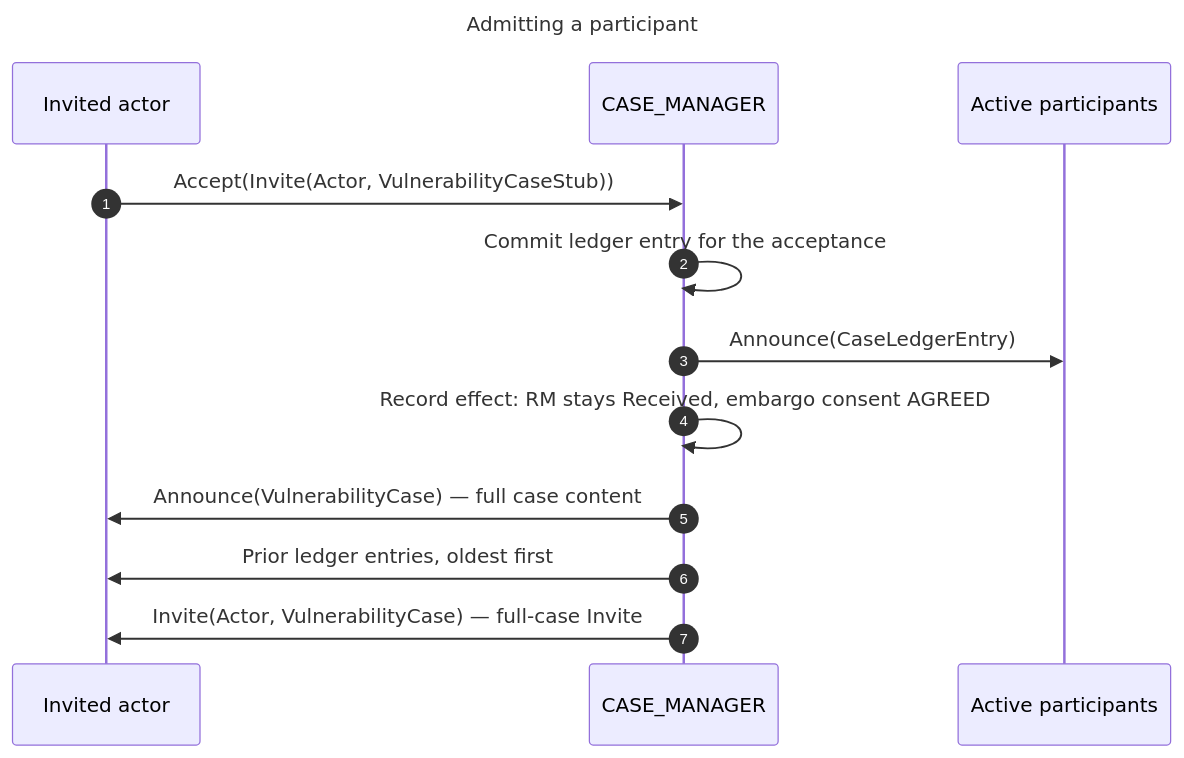
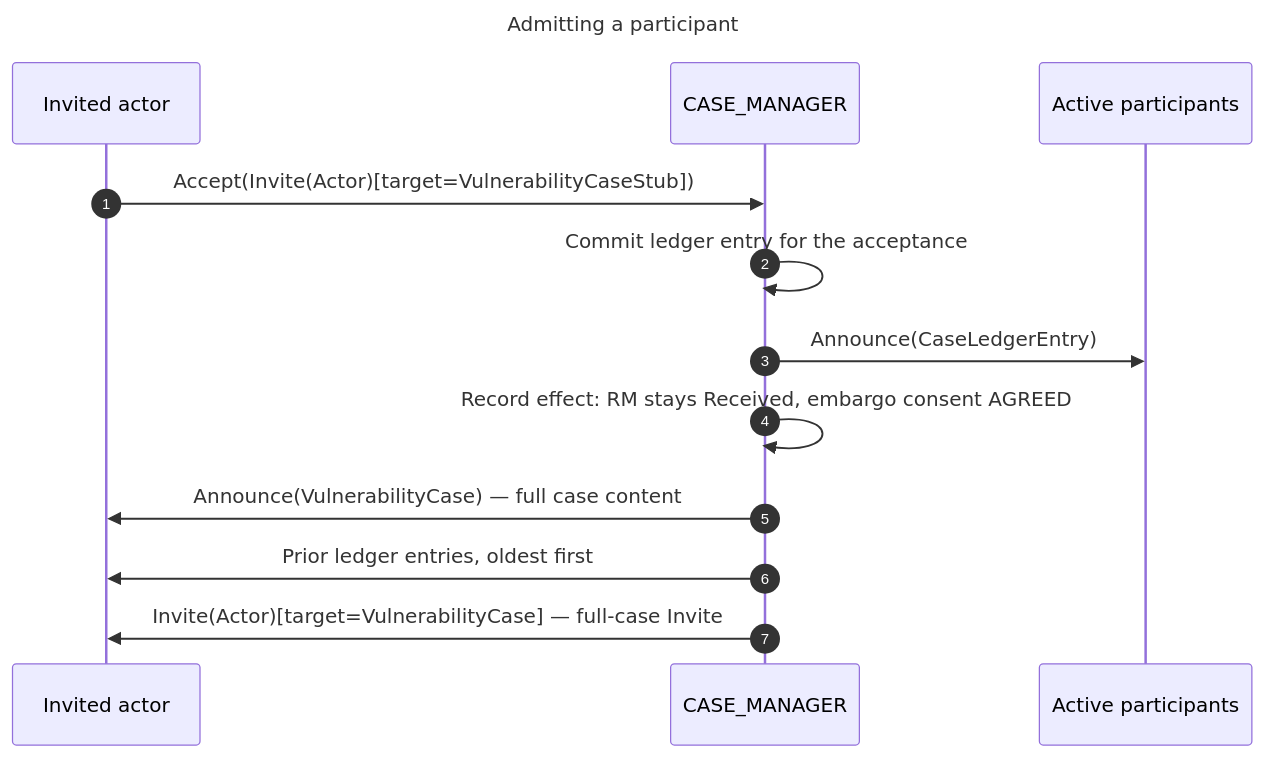
One commit to CERTCC/Vultron changed the diagram in docs/reference/vultron-spec/_model-interactions.md. Above: the diagram before and after it, drawn with Mermaid. The commit also changed 50 other files, not shown here.

````diff
--- a/docs/reference/vultron-spec/_model-interactions.md
+++ b/docs/reference/vultron-spec/_model-interactions.md
@@ -22,18 +22,18 @@
 ```mermaid
 ---
 title: Admitting a participant
 ---
 sequenceDiagram
     autonumber
     participant I as Invited actor
     participant CM as CASE_MANAGER
     participant P as Active participants
 
-    I->>CM: Accept(Invite(Actor, VulnerabilityCaseStub))
+    I->>CM: Accept(Invite(Actor)[target=VulnerabilityCaseStub])
     CM->>CM: Commit ledger entry for the acceptance
     CM->>P: Announce(CaseLedgerEntry)
     CM->>CM: Record effect: RM stays Received, embargo consent AGREED
     CM->>I: Announce(VulnerabilityCase) — full case content
     CM->>I: Prior ledger entries, oldest first
-    CM->>I: Invite(Actor, VulnerabilityCase) — full-case Invite
+    CM->>I: Invite(Actor)[target=VulnerabilityCase] — full-case Invite
 ```
````
